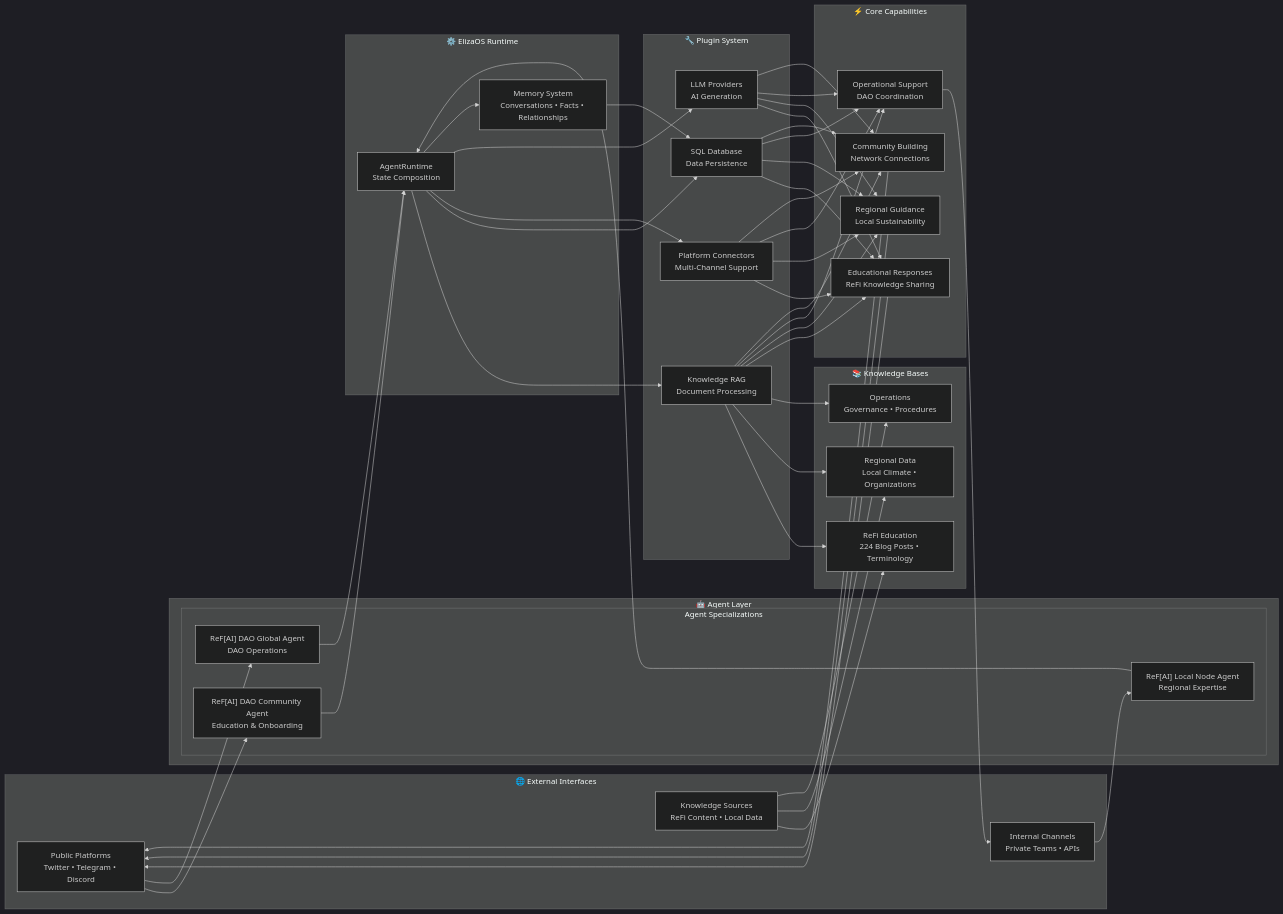
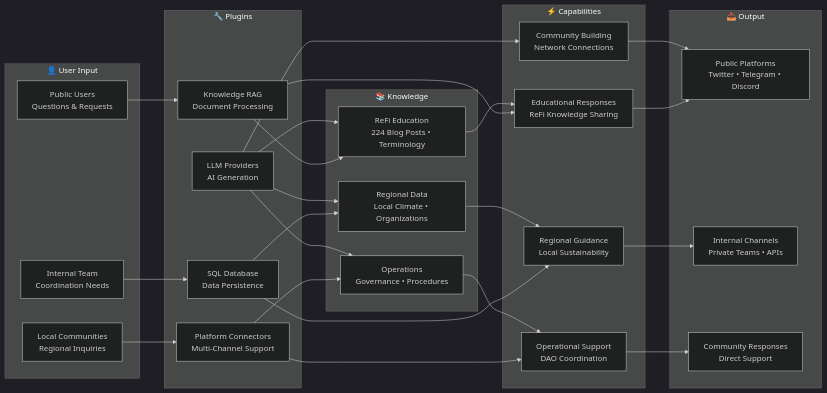
One commit to ReFiDAO/regen_eliza-refi_dao changed the first of 4 diagrams in README.md. Above: the diagram before and after it, drawn with Mermaid (dark theme). The commit also changed other lines of this file, not shown here.

First line of the commit message:
feat: Streamline architecture diagrams in README.md

````diff
--- a/README.md
+++ b/README.md
@@ -13,29 +13,14 @@
 ```mermaid
 graph LR
-    %% External Interfaces
-    subgraph "🌐 External Interfaces"
-        EXT1["Public Platforms<br/>Twitter • Telegram • Discord"]
-        EXT2["Internal Channels<br/>Private Teams • APIs"]
-        EXT3["Knowledge Sources<br/>ReFi Content • Local Data"]
-    end
-    
-    %% Agent Layer - Three Specialized Agents
-    subgraph "🤖 Agent Layer"
-        subgraph "Agent Specializations"
-            A1["ReF[AI] DAO Community Agent<br/>Education & Onboarding"]
-            A2["ReF[AI] DAO Global Agent<br/>DAO Operations"]
-            A3["ReF[AI] Local Node Agent<br/>Regional Expertise"]
-        end
-    end
-    
-    %% ElizaOS Core Runtime
-    subgraph "⚙️ ElizaOS Runtime"
-        RT["AgentRuntime<br/>State Composition"]
-        MEM["Memory System<br/>Conversations • Facts • Relationships"]
+    %% User Input
+    subgraph "👤 User Input"
+        USR1["Public Users<br/>Questions & Requests"]
+        USR2["Internal Team<br/>Coordination Needs"]
+        USR3["Local Communities<br/>Regional Inquiries"]
     end
     
     %% Plugin System
-    subgraph "🔧 Plugin System"
+    subgraph "🔧 Plugins"
         PLG1["Knowledge RAG<br/>Document Processing"]
         PLG2["SQL Database<br/>Data Persistence"]
         PLG3["Platform Connectors<br/>Multi-Channel Support"]
@@ -43,66 +28,50 @@
     end
     
     %% Core Capabilities
-    subgraph "⚡ Core Capabilities"
+    subgraph "⚡ Capabilities"
         CAP1["Educational Responses<br/>ReFi Knowledge Sharing"]
         CAP2["Regional Guidance<br/>Local Sustainability"]
         CAP3["Operational Support<br/>DAO Coordination"]
         CAP4["Community Building<br/>Network Connections"]
     end
     
-    %% Specialized Knowledge Bases
-    subgraph "📚 Knowledge Bases"
+    %% Knowledge Bases
+    subgraph "📚 Knowledge"
         KB1["ReFi Education<br/>224 Blog Posts • Terminology"]
         KB2["Regional Data<br/>Local Climate • Organizations"]
         KB3["Operations<br/>Governance • Procedures"]
     end
     
+    %% Output
+    subgraph "📤 Output"
+        OUT1["Public Platforms<br/>Twitter • Telegram • Discord"]
+        OUT2["Internal Channels<br/>Private Teams • APIs"]
+        OUT3["Community Responses<br/>Direct Support"]
+    end
+    
     %% Data Flow
-    EXT1 --> A1
-    EXT1 --> A2
-    EXT2 --> A3
-    EXT3 --> KB1
-    EXT3 --> KB2
-    EXT3 --> KB3
-    
-    A1 --> RT
-    A2 --> RT
-    A3 --> RT
-    
-    RT --> PLG1
-    RT --> PLG2
-    RT --> PLG3
-    RT --> PLG4
-    RT --> MEM
+    USR1 --> PLG1
+    USR2 --> PLG2
+    USR3 --> PLG3
     
     PLG1 --> KB1
-    PLG1 --> KB2
-    PLG1 --> KB3
+    PLG2 --> KB2
+    PLG3 --> KB3
+    PLG4 --> KB1
+    PLG4 --> KB2
+    PLG4 --> KB3
     
     PLG1 --> CAP1
-    PLG2 --> CAP1
-    PLG3 --> CAP1
-    PLG4 --> CAP1
-    
-    PLG1 --> CAP2
     PLG2 --> CAP2
-    PLG3 --> CAP2
-    PLG4 --> CAP2
-    
-    PLG1 --> CAP3
-    PLG2 --> CAP3
     PLG3 --> CAP3
-    PLG4 --> CAP3
-    
-    PLG1 --> CAP4
-    PLG2 --> CAP4
-    PLG3 --> CAP4
     PLG4 --> CAP4
     
-    CAP1 --> EXT1
-    CAP2 --> EXT1
-    CAP3 --> EXT2
-    CAP4 --> EXT1
+    KB1 --> CAP1
+    KB2 --> CAP2
+    KB3 --> CAP3
     
-    MEM --> PLG2
+    CAP1 --> OUT1
+    CAP2 --> OUT2
+    CAP3 --> OUT3
+    CAP4 --> OUT1
 ```
````
